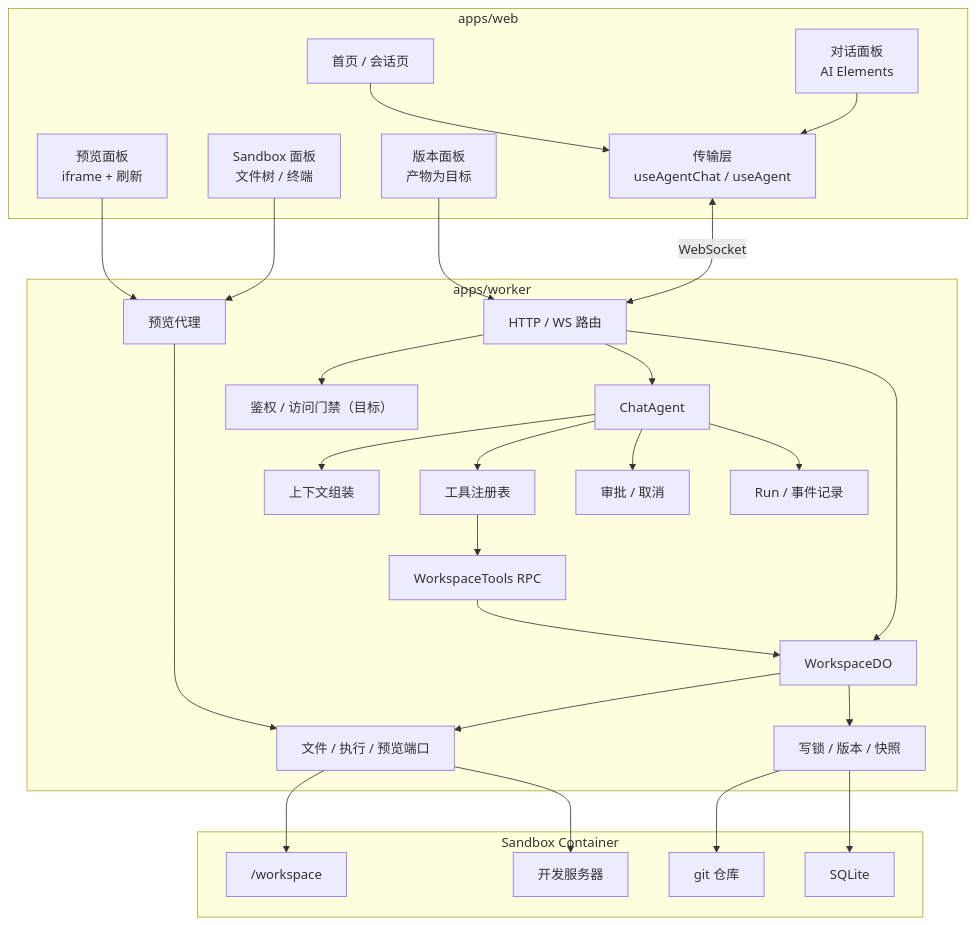
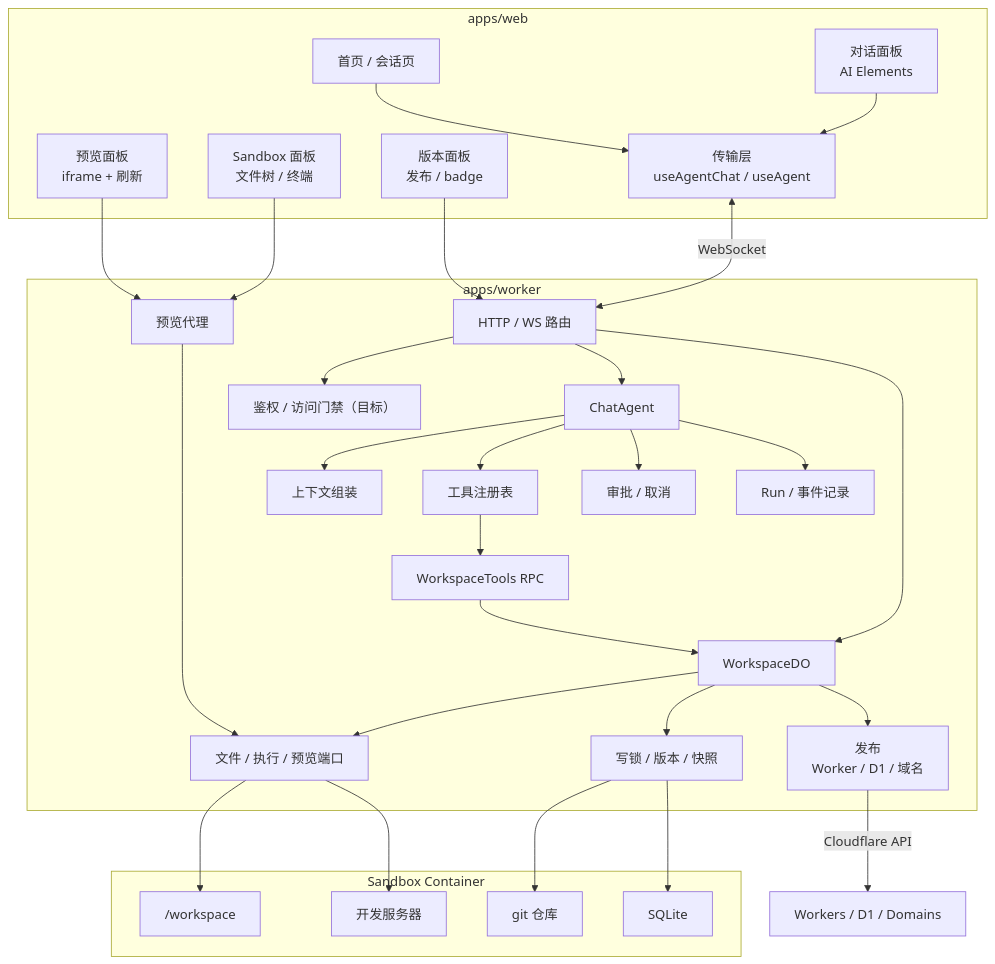
One commit to fengyj/atoms-lite changed the third of 7 diagrams in docs/architecture/system-architecture.md. Above: the diagram before and after it, drawn with Mermaid. The commit also changed other lines of this file and 6 other files, not shown here.

Commit message:
docs: sync architecture, data model, submission, and ADR for publishing

````diff
--- a/docs/architecture/system-architecture.md
+++ b/docs/architecture/system-architecture.md
@@ -114,56 +122,59 @@
 ```mermaid
 flowchart TB
   subgraph web["apps/web"]
     w1["首页 / 会话页"]
     w2["对话面板<br/>AI Elements"]
     w3["预览面板<br/>iframe + 刷新"]
     w4["Sandbox 面板<br/>文件树 / 终端"]
-    w5["版本面板<br/>产物为目标"]
+    w5["版本面板<br/>发布 / badge"]
     w6["传输层<br/>useAgentChat / useAgent"]
   end
 
   subgraph worker["apps/worker"]
     r1["HTTP / WS 路由"]
     r2["预览代理"]
     r3["鉴权 / 访问门禁（目标）"]
     a1["ChatAgent"]
     a2["工具注册表"]
     a3["上下文组装"]
     a4["审批 / 取消"]
     a5["Run / 事件记录"]
     x1["WorkspaceDO"]
     x2["WorkspaceTools RPC"]
     x3["文件 / 执行 / 预览端口"]
     x4["写锁 / 版本 / 快照"]
+    x5["发布<br/>Worker / D1 / 域名"]
   end
 
   subgraph sandbox["Sandbox Container"]
     s1["/workspace"]
     s2["git 仓库"]
     s3["SQLite"]
     s4["开发服务器"]
   end
 
   w1 --> w6
   w2 --> w6
   w3 --> r2
   w4 --> r2
   w5 --> r1
   w6 <-->|WebSocket| r1
   r1 --> r3
   r1 --> a1
   r1 --> x1
   r2 --> x3
   a1 --> a3
   a1 --> a2
   a1 --> a4
   a1 --> a5
   a2 --> x2
   x2 --> x1
   x1 --> x3
   x1 --> x4
+  x1 --> x5
+  x5 -->|"Cloudflare API"| cf["Workers / D1 / Domains"]
   x3 --> s1
   x3 --> s4
   x4 --> s2
   x4 --> s3
 ```
````
